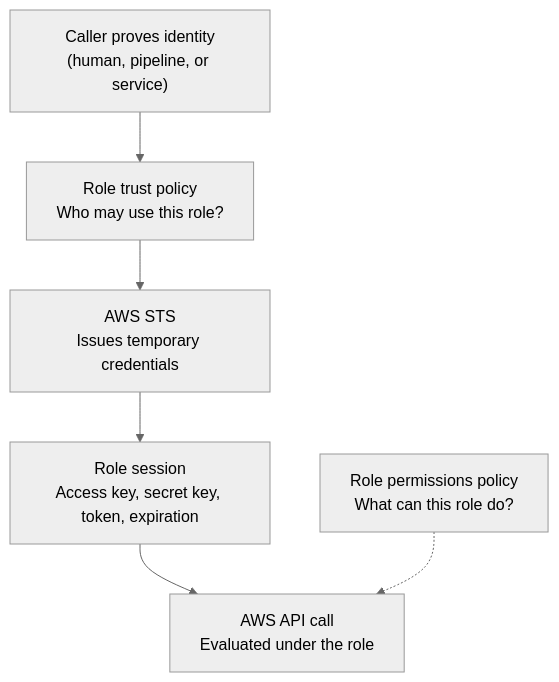
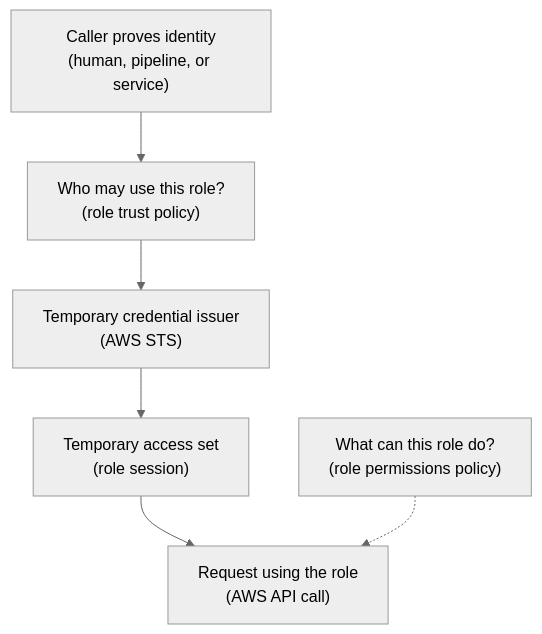
Before and after one commit to senlinyy/dev-roadmaps: the diagram in cloud-providers/aws/identity-security/temporary-credentials-and-role-assumption.md, drawn with Mermaid (neutral theme). The commit also changed 89 other files, not shown here.

````diff
--- a/cloud-providers/aws/identity-security/temporary-credentials-and-role-assumption.md
+++ b/cloud-providers/aws/identity-security/temporary-credentials-and-role-assumption.md
@@ -90,15 +90,15 @@
 ```mermaid
 flowchart TD
     CALLER["Caller proves identity<br/>(human, pipeline, or service)"]
-    TRUST["Role trust policy<br/>Who may use this role?"]
-    STS["AWS STS<br/>Issues temporary credentials"]
-    SESSION["Role session<br/>Access key, secret key, token, expiration"]
-    API["AWS API call<br/>Evaluated under the role"]
-    PERMS["Role permissions policy<br/>What can this role do?"]
+    TRUST["Who may use this role?<br/>(role trust policy)"]
+    STS["Temporary credential issuer<br/>(AWS STS)"]
+    SESSION["Temporary access set<br/>(role session)"]
+    API["Request using the role<br/>(AWS API call)"]
+    PERMS["What can this role do?<br/>(role permissions policy)"]
 
     CALLER --> TRUST
     TRUST --> STS
     STS --> SESSION
     SESSION --> API
     PERMS -.-> API
 ```
````
